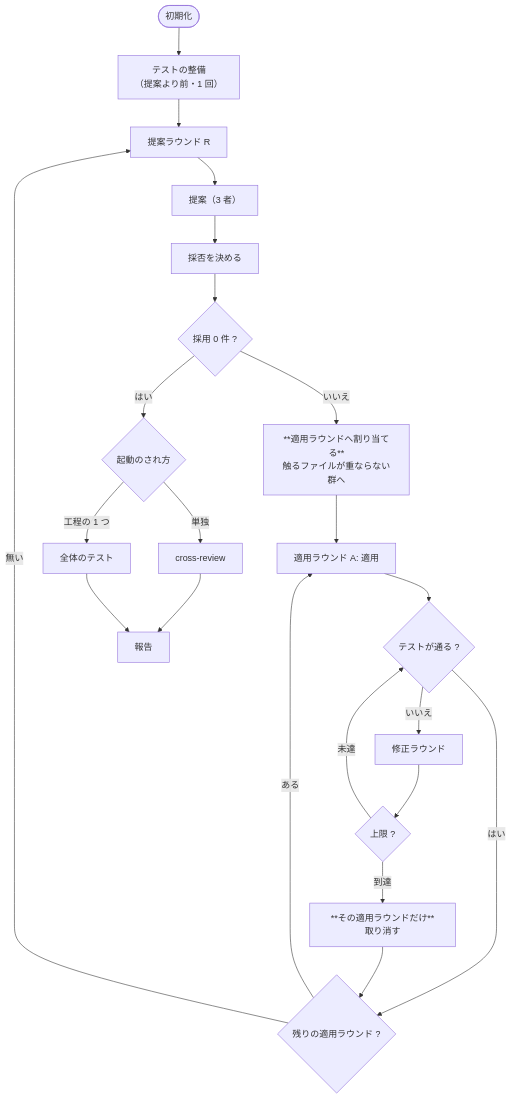
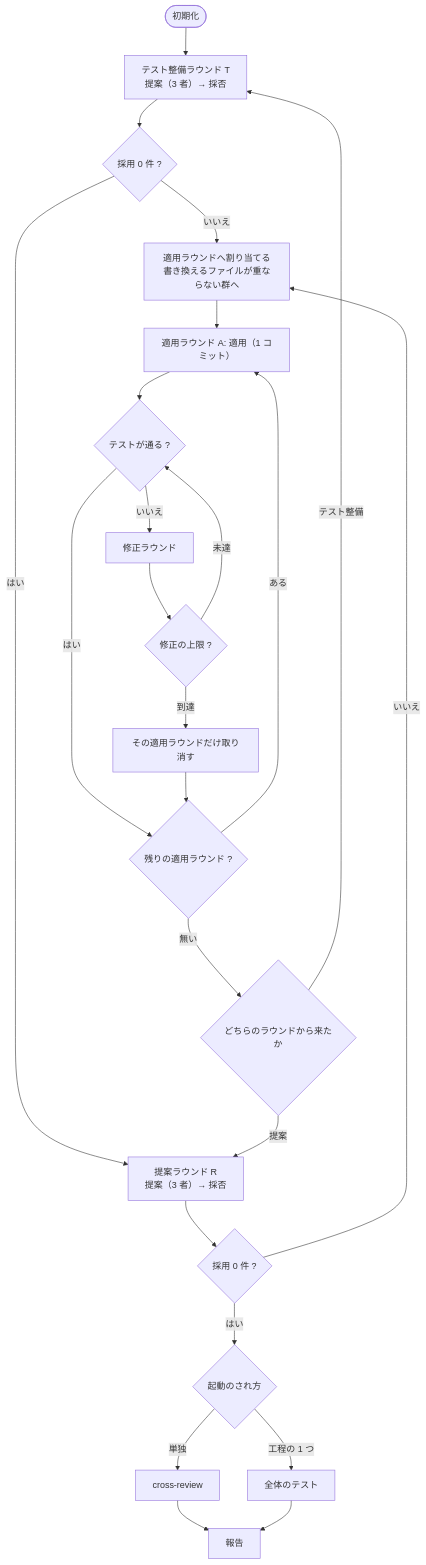
The diagram in issues/issue-436-cross-refactoring-flow/02-design.md (devbasex/ai-plugins), drawn with Mermaid before and after one commit. The commit also changed other lines of this file and 1 other file, not shown here.

````diff
--- a/issues/issue-436-cross-refactoring-flow/02-design.md
+++ b/issues/issue-436-cross-refactoring-flow/02-design.md
@@ -43,24 +46,26 @@
 ```mermaid
 flowchart TD
-    Init([初期化]) --> Prep["テストの整備<br/>（提案より前・1 回）"]
-    Prep --> Round["提案ラウンド R"]
-    Round --> Propose["提案（3 者）"]
-    Propose --> Merge["採否を決める"]
-    Merge --> Empty{"採用 0 件 ?"}
-    Empty -->|はい| Gate
-    Empty -->|いいえ| Split["**適用ラウンドへ割り当てる**<br/>触るファイルが重ならない群へ"]
-    Split --> Apply["適用ラウンド A: 適用"]
+    Init([初期化]) --> T["テスト整備ラウンド T<br/>提案（3 者）→ 採否"]
+    T --> TE{"採用 0 件 ?"}
+    TE -->|いいえ| Split
+    TE -->|はい| R["提案ラウンド R<br/>提案（3 者）→ 採否"]
+    R --> RE{"採用 0 件 ?"}
+    RE -->|いいえ| Split
+    RE -->|はい| Gate{"起動のされ方"}
+    Split["適用ラウンドへ割り当てる<br/>書き換えるファイルが重ならない群へ"] --> Apply["適用ラウンド A: 適用（1 コミット）"]
     Apply --> Test{"テストが通る ?"}
     Test -->|いいえ| Fix["修正ラウンド"]
-    Fix --> FixCap{"上限 ?"}
+    Fix --> FixCap{"修正の上限 ?"}
     FixCap -->|未達| Test
-    FixCap -->|到達| Drop["**その適用ラウンドだけ**取り消す"]
+    FixCap -->|到達| Drop["その適用ラウンドだけ取り消す"]
     Test -->|はい| NextA{"残りの適用ラウンド ?"}
     Drop --> NextA
     NextA -->|ある| Apply
-    NextA -->|無い| Round
-    Gate{"起動のされ方"} -->|単独| CR["cross-review"]
+    NextA -->|無い| Back{"どちらのラウンドから来たか"}
+    Back -->|テスト整備| T
+    Back -->|提案| R
+    Gate -->|単独| CR["cross-review"]
     Gate -->|工程の 1 つ| Skip["全体のテスト"]
     CR --> Report["報告"]
     Skip --> Report
 ```
````
